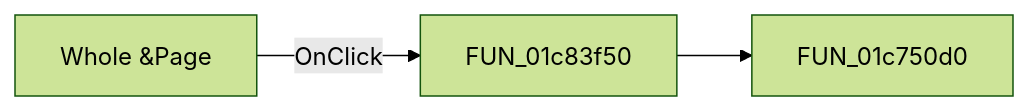
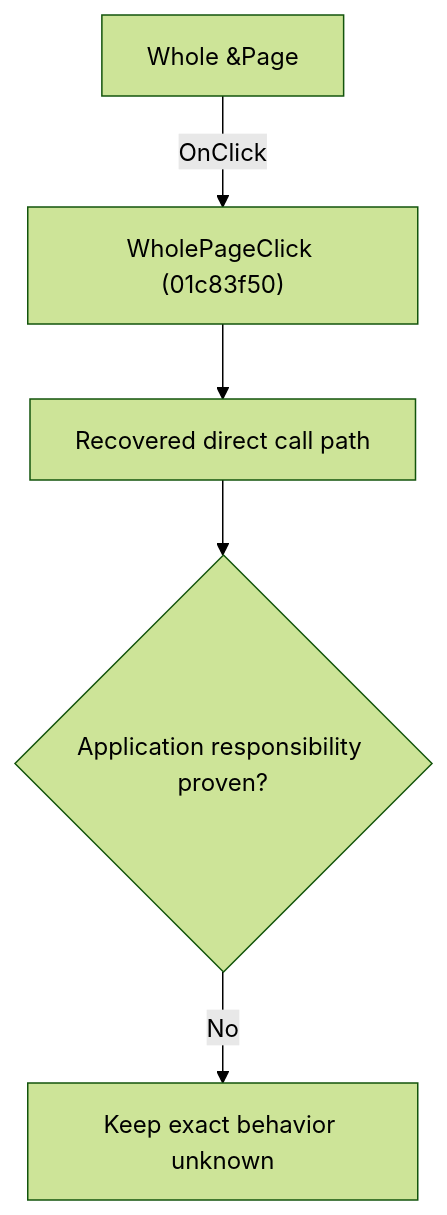
Before and after one commit to MovGP0/TIARA: the diagram in docs/ui-controls/schematiceditor/wholepage-8594585902.md, drawn with Mermaid (forest theme). The commit also changed other lines of this file and 1062 other files, not shown here.

````diff
--- a/docs/ui-controls/schematiceditor/wholepage-8594585902.md
+++ b/docs/ui-controls/schematiceditor/wholepage-8594585902.md
@@ -27,5 +27,7 @@
 ```mermaid
-flowchart LR
-    control["Whole &Page"] -->|OnClick| handler["FUN_01c83f50"]
-    handler --> call1["FUN_01c750d0"]
+flowchart TD
+    control["Whole &Page"] -->|"OnClick"| handler["WholePageClick (01c83f50)"]
+    handler --> recovered["Recovered direct call path"]
+    recovered --> gap{"Application responsibility proven?"}
+    gap -->|"No"| blocked["Keep exact behavior unknown"]
 ```
````
